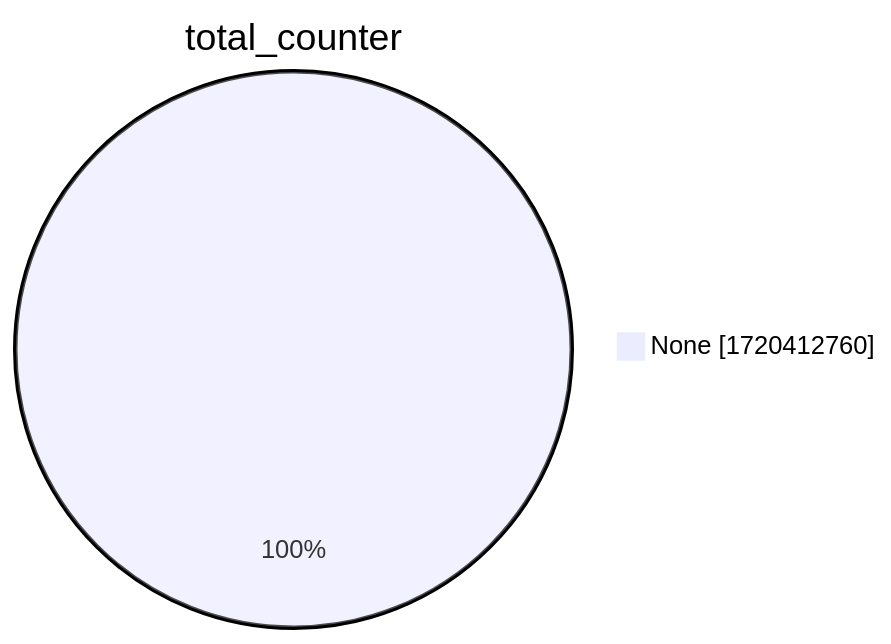
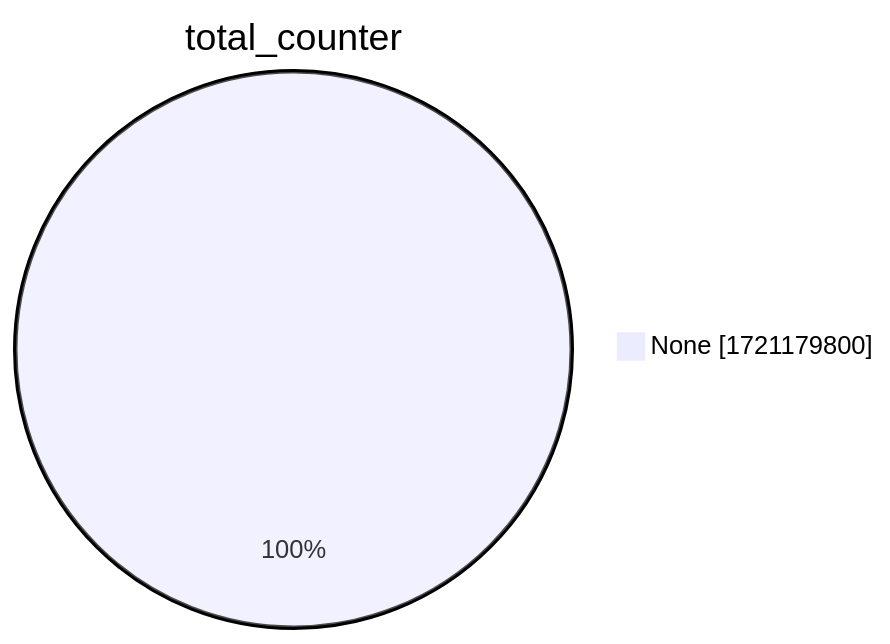
One commit to christiankrug/ctmonitor_visualization changed the second of 15 diagrams in xenon2022/README.md. Above: the diagram before and after it, drawn with Mermaid. The commit also changed other lines of this file, not shown here.

````diff
--- a/xenon2022/README.md
+++ b/xenon2022/README.md
@@ -9,5 +9,5 @@
 ```mermaid
 pie showData
 title total_counter
-"None" :1720412760
+"None" :1721179800
 ```
````
